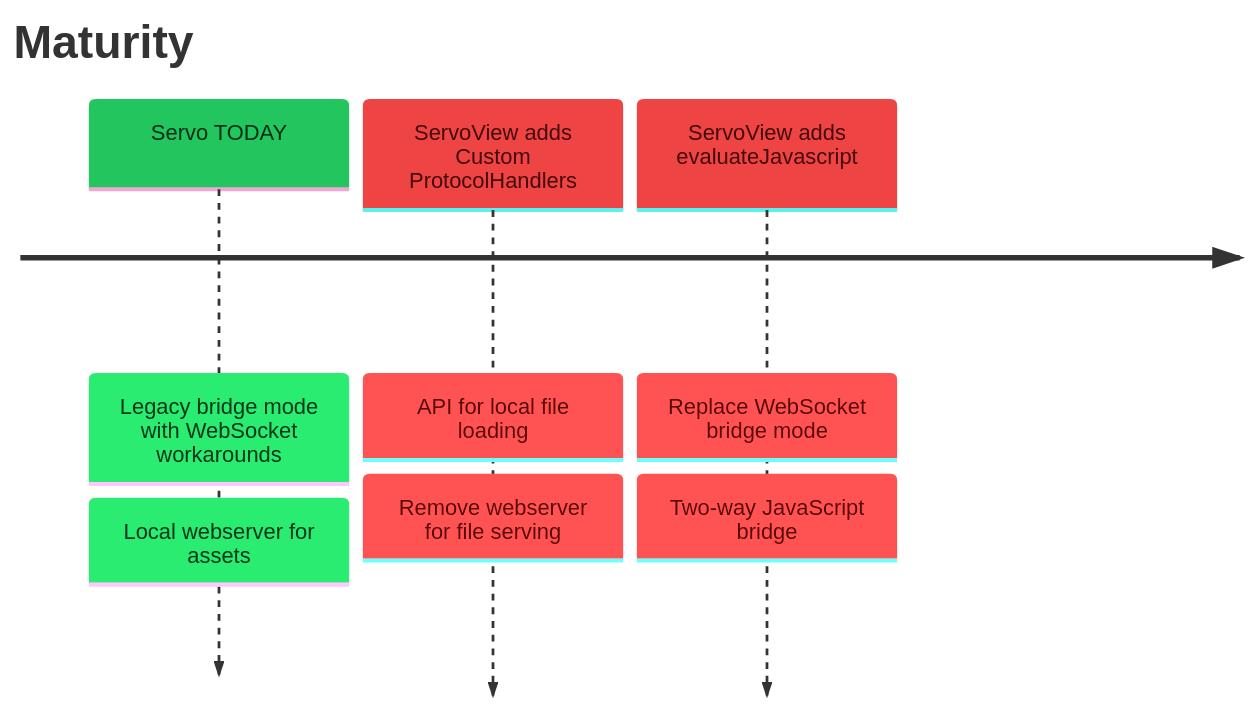
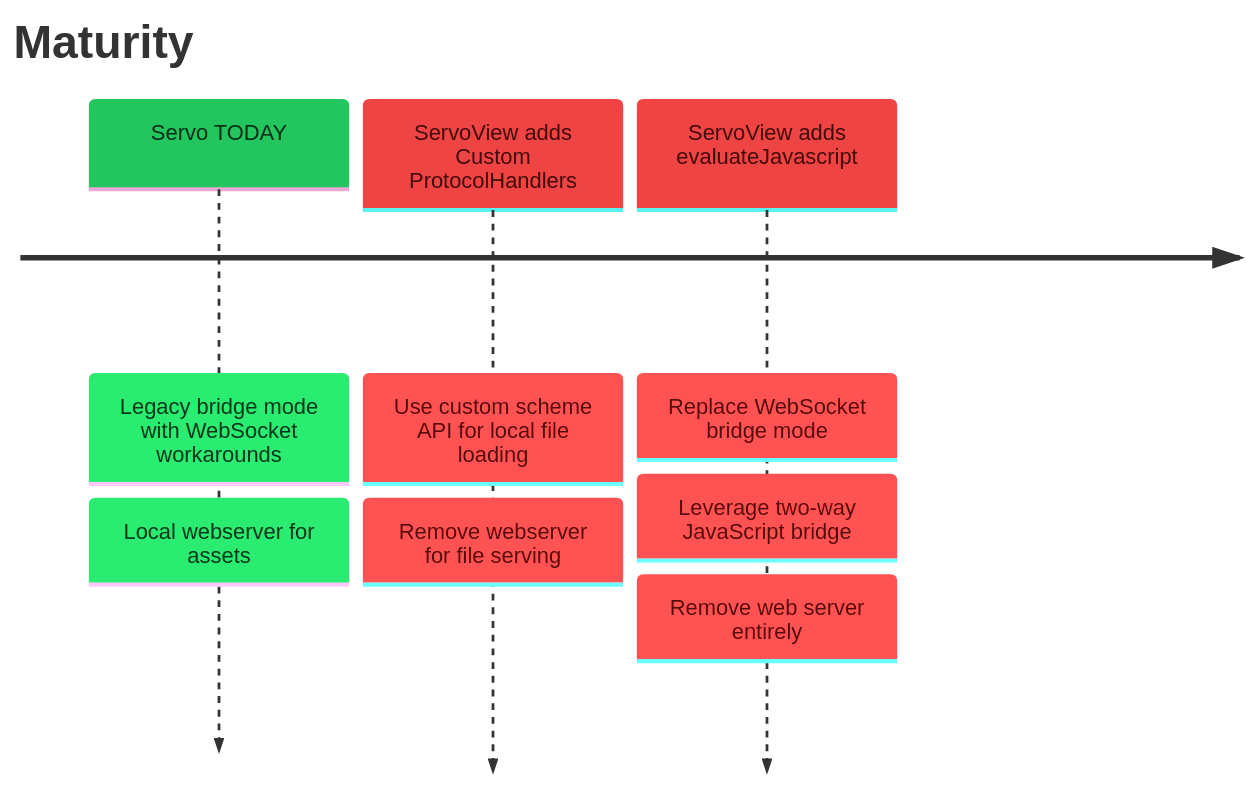
One commit to NiklasMerz/cordova-plugin-servo-webview changed the diagram in README.md. Above: the diagram before and after it, drawn with Mermaid. The commit also changed other lines of this file, not shown here.

````diff
--- a/README.md
+++ b/README.md
@@ -36,21 +36,22 @@
 ```mermaid
 %%{init: {
   "theme": "base",
   "themeVariables": {
     "cScale0": "#22c55e",
     "cScale1": "#ef4444",
     "cScale2": "#ef4444",
     "cScaleLabel0": "#052e16",
     "cScaleLabel1": "#450a0a",
     "cScaleLabel2": "#450a0a"
   }
 }}%%
 timeline
     title Maturity
     Servo TODAY: Legacy bridge mode with WebSocket workarounds
         : Local webserver for assets
-    ServoView adds Custom ProtocolHandlers : API for local file loading
+    ServoView adds Custom ProtocolHandlers : Use custom scheme API for local file loading
         : Remove webserver for file serving
     ServoView adds evaluateJavascript: Replace WebSocket bridge mode
-        : Two-way JavaScript bridge
+        : Leverage two-way JavaScript bridge
+        : Remove web server entirely
 ```
````
